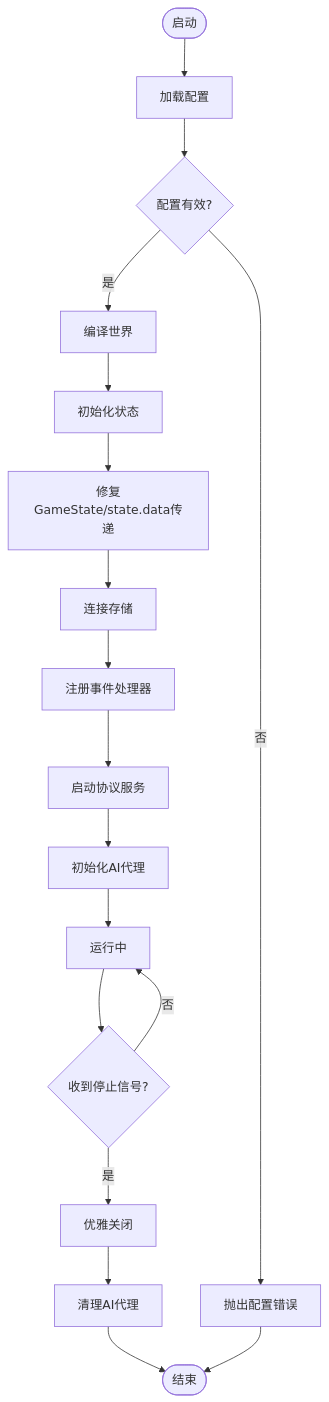
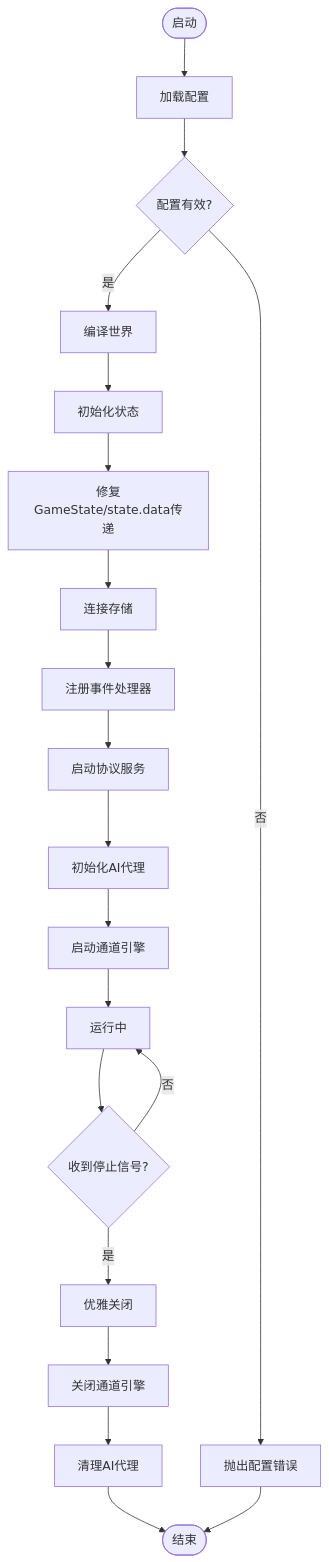
Before and after one commit to Ivandanslespace/thegreatnovel: the third of 12 diagrams in .qoder/repowiki/zh/content/运行时系统/运行时核心.md, drawn with Mermaid. The commit also changed other lines of this file and 69 other files, not shown here.

````diff
--- a/.qoder/repowiki/zh/content/运行时系统/运行时核心.md
+++ b/.qoder/repowiki/zh/content/运行时系统/运行时核心.md
@@ -219,20 +236,22 @@
 ```mermaid
 flowchart TD
 Start(["启动"]) --> LoadCfg["加载配置"]
 LoadCfg --> Validate{"配置有效?"}
 Validate --> |否| FailCfg["抛出配置错误"]
 Validate --> |是| CompileWorld["编译世界"]
 CompileWorld --> InitState["初始化状态"]
 InitState --> FixStateData["修复GameState/state.data传递"]
 FixStateData --> ConnectStore["连接存储"]
 ConnectStore --> RegisterEvents["注册事件处理器"]
 RegisterEvents --> StartProtocol["启动协议服务"]
 StartProtocol --> InitAI["初始化AI代理"]
-InitAI --> Running["运行中"]
+InitAI --> StartChannel["启动通道引擎"]
+StartChannel --> Running["运行中"]
 Running --> StopSignal{"收到停止信号?"}
 StopSignal --> |否| Running
 StopSignal --> |是| GracefulShutdown["优雅关闭"]
-GracefulShutdown --> CleanupAI["清理AI代理"]
+GracefulShutdown --> CloseChannel["关闭通道引擎"]
+CloseChannel --> CleanupAI["清理AI代理"]
 CleanupAI --> End(["结束"])
 FailCfg --> End
 ```
````
